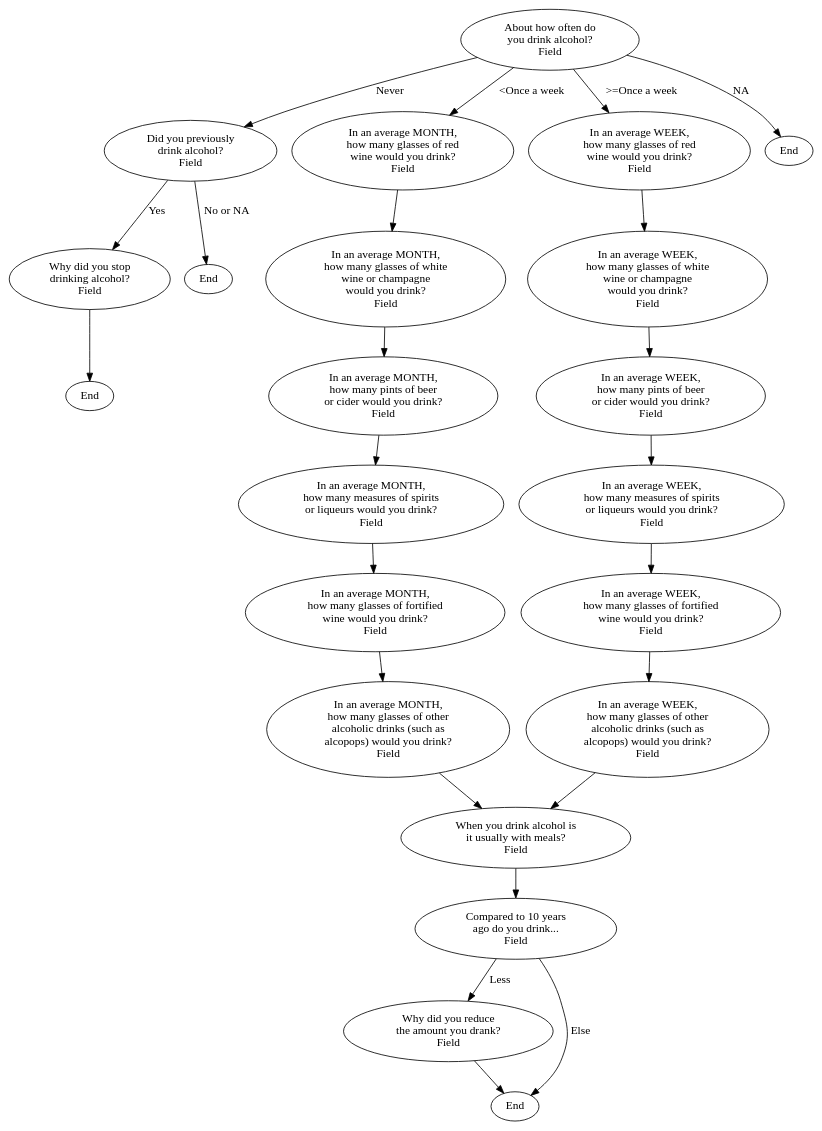
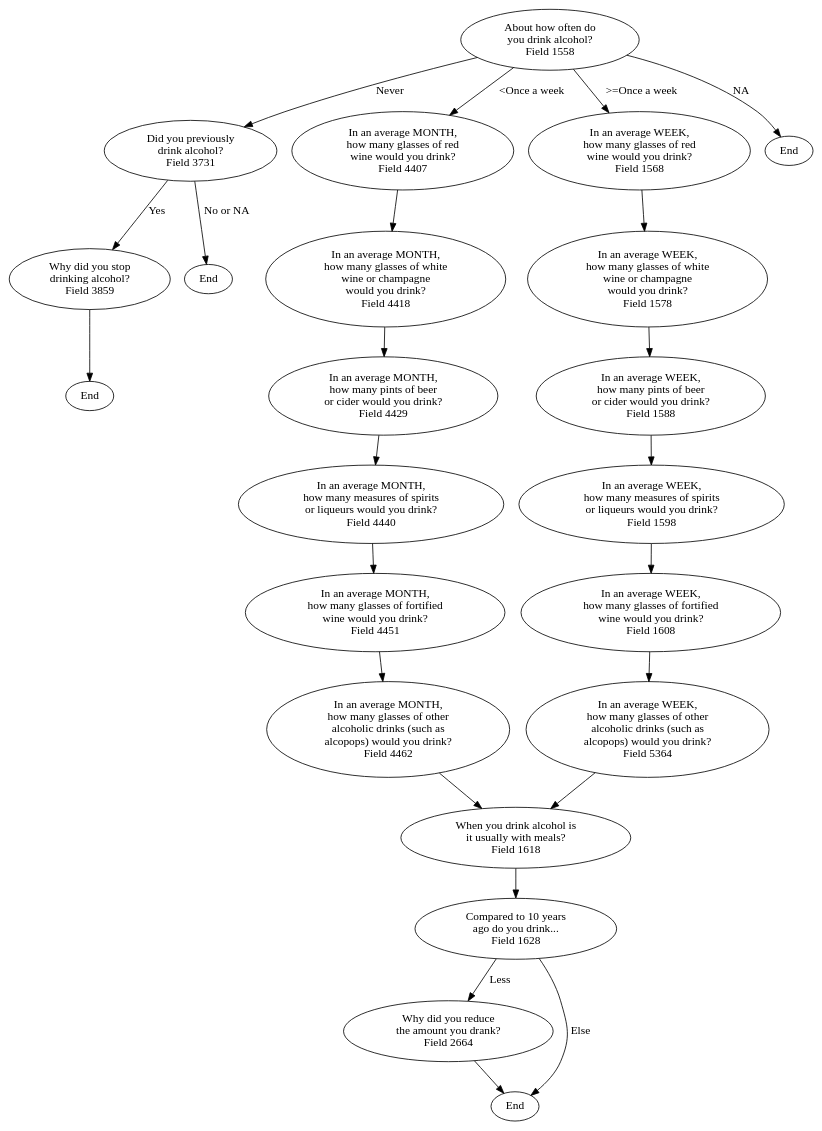
Before and after one commit to dbrazel/ukbiobank-flowcharts: the diagram in alcohol_phenotypes.dot, drawn with Graphviz.

Commit message:
Added alcohol field IDs

```diff
--- a/alcohol_phenotypes.dot
+++ b/alcohol_phenotypes.dot
@@ -1,62 +1,62 @@
 digraph {
 	//Nodes (Questions)
-	A1[label="About how often do\nyou drink alcohol?\nField "]
-	A1A[label="Did you previously\ndrink alcohol?\nField "]
+	A1[label="About how often do\nyou drink alcohol?\nField 1558"]
+	A1A[label="Did you previously\ndrink alcohol?\nField 3731"]
 	
-	A2B[label="In an average MONTH,\nhow many glasses of red\nwine would you drink?\nField "]
-	A2C[label="In an average MONTH,\nhow many glasses of white\nwine or champagne\nwould you drink?\nField "]
-	A2E[label="In an average MONTH,\nhow many pints of beer\nor cider would you drink?\nField "]
-	A2A[label="In an average MONTH,\nhow many measures of spirits\nor liqueurs would you drink?\nField "]
-	A2F[label="In an average MONTH,\nhow many glasses of fortified\nwine would you drink?\nField "]
-	A2G[label="In an average MONTH,\nhow many glasses of other\nalcoholic drinks (such as \nalcopops) would you drink?\nField "]
+	A2B[label="In an average MONTH,\nhow many glasses of red\nwine would you drink?\nField 4407"]
+	A2C[label="In an average MONTH,\nhow many glasses of white\nwine or champagne\nwould you drink?\nField 4418"]
+	A2E[label="In an average MONTH,\nhow many pints of beer\nor cider would you drink?\nField 4429"]
+	A2A[label="In an average MONTH,\nhow many measures of spirits\nor liqueurs would you drink?\nField 4440"]
+	A2F[label="In an average MONTH,\nhow many glasses of fortified\nwine would you drink?\nField 4451"]
+	A2G[label="In an average MONTH,\nhow many glasses of other\nalcoholic drinks (such as \nalcopops) would you drink?\nField 4462"]
 
-	A3B[label="In an average WEEK,\nhow many glasses of red\nwine would you drink?\nField "]
-	A3C[label="In an average WEEK,\nhow many glasses of white\nwine or champagne\nwould you drink?\nField "]
-	A3E[label="In an average WEEK,\nhow many pints of beer\nor cider would you drink?\nField "]
-	A3A[label="In an average WEEK,\nhow many measures of spirits\nor liqueurs would you drink?\nField "]
-	A3F[label="In an average WEEK,\nhow many glasses of fortified\nwine would you drink?\nField "]
-	A3G[label="In an average WEEK,\nhow many glasses of other\nalcoholic drinks (such as \nalcopops) would you drink?\nField "]
+	A3B[label="In an average WEEK,\nhow many glasses of red\nwine would you drink?\nField 1568"]
+	A3C[label="In an average WEEK,\nhow many glasses of white\nwine or champagne\nwould you drink?\nField 1578"]
+	A3E[label="In an average WEEK,\nhow many pints of beer\nor cider would you drink?\nField 1588"]
+	A3A[label="In an average WEEK,\nhow many measures of spirits\nor liqueurs would you drink?\nField 1598"]
+	A3F[label="In an average WEEK,\nhow many glasses of fortified\nwine would you drink?\nField 1608"]
+	A3G[label="In an average WEEK,\nhow many glasses of other\nalcoholic drinks (such as \nalcopops) would you drink?\nField 5364"]
 
-	A5[label="When you drink alcohol is\nit usually with meals?\nField "]
+	A5[label="When you drink alcohol is\nit usually with meals?\nField 1618"]
 
-	A6[label="Compared to 10 years\nago do you drink...\nField "]
+	A6[label="Compared to 10 years\nago do you drink...\nField 1628"]
 
-	A7[label="Why did you reduce\nthe amount you drank?\nField "]
-	A7A[label="Why did you stop\ndrinking alcohol?\nField "]
+	A7[label="Why did you reduce\nthe amount you drank?\nField 2664"]
+	A7A[label="Why did you stop\ndrinking alcohol?\nField 3859"]
 
 	End2[label="End"]
 	End3[label="End"]
 	End4[label="End"]
 
 	//Edges (Routing Logic)
 	A1 -> A2B[label="<Once a week"]
 	A1 -> A1A[label="Never"]
 	A1 -> End[label="NA"]
 	A1 -> A3B[label=">=Once a week"]
 
 	A1A -> End2[label="No or NA"]
 	A1A -> A7A[label="Yes"]
 
 	A2B -> A2C
 	A2C -> A2E
 	A2E -> A2A
 	A2A -> A2F
 	A2F -> A2G
 	A2G -> A5
 
 	A3B -> A3C
 	A3C -> A3E
 	A3E -> A3A
 	A3A -> A3F
 	A3F -> A3G
 	A3G -> A5
 
 	A5 -> A6
 
 	A6 -> A7[label="Less"]
 	A6 -> End3[label="Else"]
 
 	A7 -> End3
 
 	A7A -> End4
 }
```
